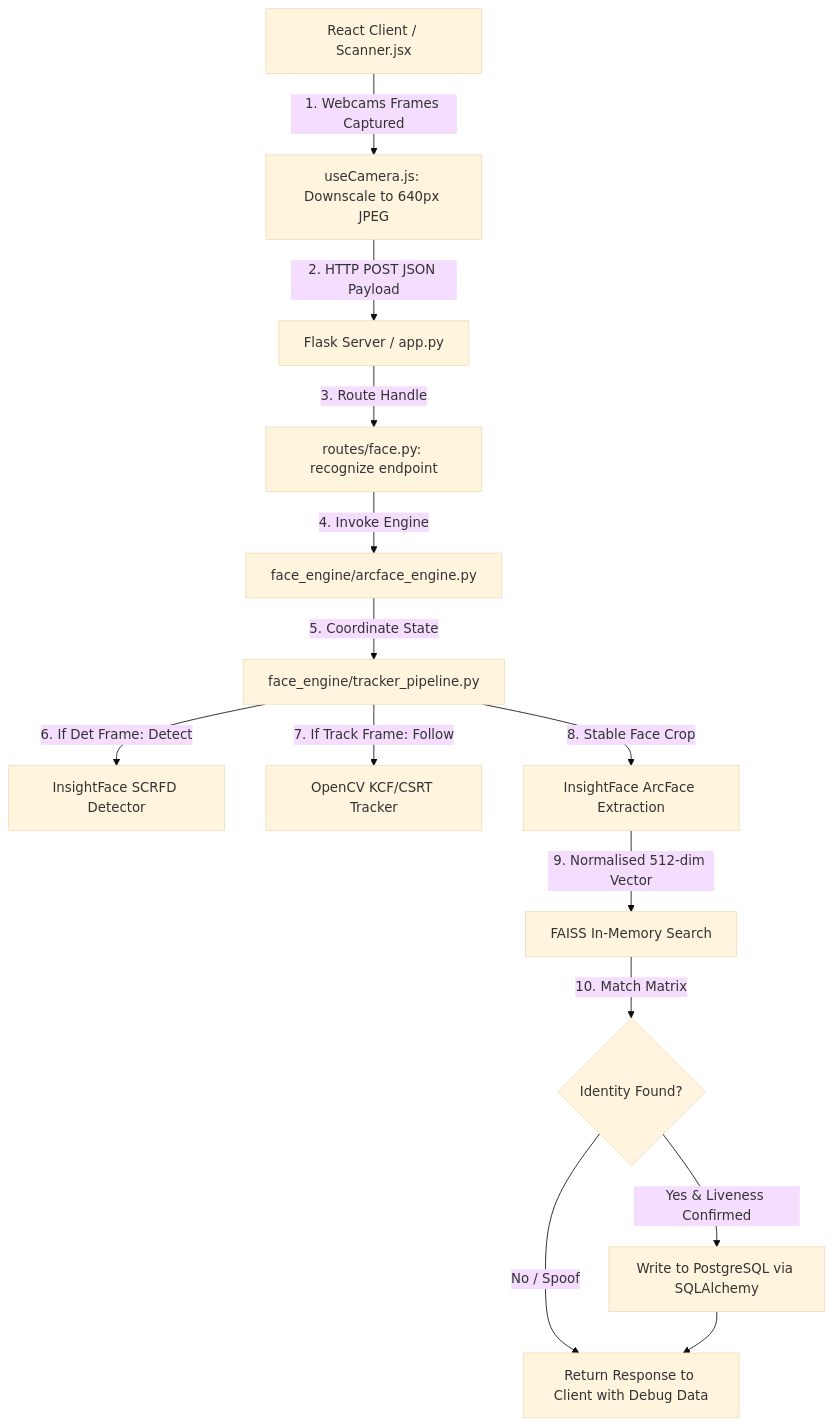
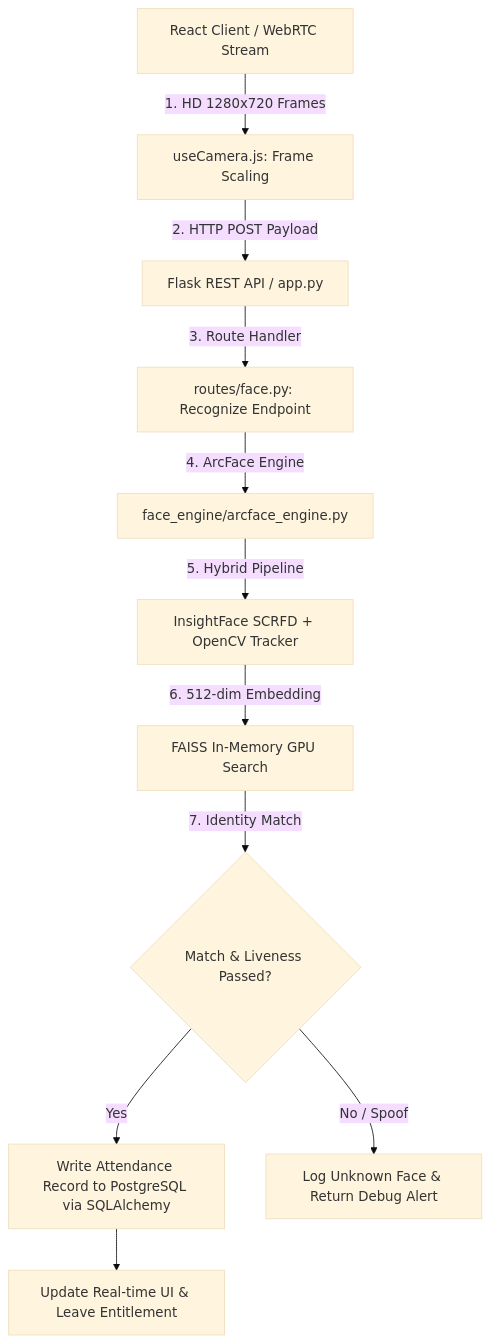
Before and after one commit to asif00b/Visiora: the diagram in README.md, drawn with Mermaid (base theme). The commit also changed other lines of this file, not shown here.

````diff
--- a/README.md
+++ b/README.md
@@ -27,16 +41,13 @@
 ```mermaid
 graph TD
-    A[React Client / Scanner.jsx] -->|1. Webcams Frames Captured| B[useCamera.js: Downscale to 640px JPEG]
-    B -->|2. HTTP POST JSON Payload| C[Flask Server / app.py]
-    C -->|3. Route Handle| D[routes/face.py: recognize endpoint]
-    D -->|4. Invoke Engine| E[face_engine/arcface_engine.py]
-    E -->|5. Coordinate State| F[face_engine/tracker_pipeline.py]
-    F -->|6. If Det Frame: Detect| G[InsightFace SCRFD Detector]
-    F -->|7. If Track Frame: Follow| H[OpenCV KCF/CSRT Tracker]
-    F -->|8. Stable Face Crop| I[InsightFace ArcFace Extraction]
-    I -->|9. Normalised 512-dim Vector| J[FAISS In-Memory Search]
-    J -->|10. Match Matrix| K{Identity Found?}
-    K -->|Yes & Liveness Confirmed| L[Write to PostgreSQL via SQLAlchemy]
-    K -->|No / Spoof| M[Return Response to Client with Debug Data]
-    L --> M
+    A[React Client / WebRTC Stream] -->|1. HD 1280x720 Frames| B[useCamera.js: Frame Scaling]
+    B -->|2. HTTP POST Payload| C[Flask REST API / app.py]
+    C -->|3. Route Handler| D[routes/face.py: Recognize Endpoint]
+    D -->|4. ArcFace Engine| E[face_engine/arcface_engine.py]
+    E -->|5. Hybrid Pipeline| F[InsightFace SCRFD + OpenCV Tracker]
+    F -->|6. 512-dim Embedding| G[FAISS In-Memory GPU Search]
+    G -->|7. Identity Match| H{Match & Liveness Passed?}
+    H -->|Yes| I[Write Attendance Record to PostgreSQL via SQLAlchemy]
+    H -->|No / Spoof| J[Log Unknown Face & Return Debug Alert]
+    I --> K[Update Real-time UI & Leave Entitlement]
 ```
````
